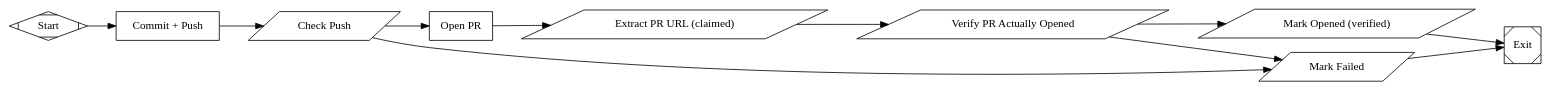
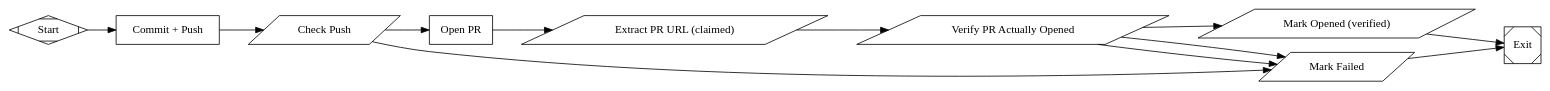
Before and after one commit to kenotron-ms/attractor-pipelines: the diagram in pipelines/hello_world/subgraphs/deliver_pr.dot, drawn with Graphviz. The commit also changed 3 other files, not shown here.

First line of the commit message:
fix: harden CheckPROpened against tool_command crash, clarify OpenPR targets GitHub

```diff
--- a/pipelines/hello_world/subgraphs/deliver_pr.dot
+++ b/pipelines/hello_world/subgraphs/deliver_pr.dot
@@ -1,89 +1,90 @@
 // deliver_pr.dot
 //
 // Commit, push, and open a PR; then a freeform human approval gate before
 // merge. Modeled on amplifier-resolver-dot-graph's deliver_pr.dot pattern.
 //
 // Required context variables: $repo (owner/name to open the PR against)
 // Context outputs: delivery.pr_url, delivery.result ("opened"|"failed")
 
 digraph deliver_pr {
   graph [rankdir=LR, default_max_retry=2, default_fidelity="summary:high"];
 
   Start [shape=Mdiamond, label="Start"];
   Exit  [shape=Msquare,  label="Exit"];
 
   CommitPush [
     shape=box, goal_gate=true, fidelity="full",
     label="Commit + Push",
     prompt="Stage all changes, write a conventional commit message summarizing the work (reference .resolve/design/design.md and .ai/plan.md for context), commit, and push the current branch to origin. After pushing, run: git rev-parse --abbrev-ref HEAD > .resolve/delivery/push_status.txt && echo pushed >> .resolve/delivery/push_status.txt. Print the single line: pushed"
   ];
 
   CommitPush -> CheckPush;
 
   CheckPush [
     shape=parallelogram, label="Check Push",
     tool_command="#!/bin/sh\nset -e\nif [ -f .resolve/delivery/push_status.txt ] && tail -1 .resolve/delivery/push_status.txt | grep -q pushed; then\n  printf 'pushed'\nelse\n  printf 'push_failed'\nfi"
   ];
 
   OpenPR [
     shape=box, goal_gate=true, fidelity="full",
     label="Open PR",
-    prompt="Open a pull request for the pushed branch against $repo's default branch. Write a PR description summarizing the design, the task list completed, and verification evidence. Write the resulting PR URL to .resolve/delivery/pr_url.txt. Print the single line: {\"pr_url\": \"<url>\"} as JSON."
+    prompt="Open a REAL pull request on GitHub (https://github.com/$repo) for the pushed branch against $repo's default branch -- use the gh CLI (`gh pr create --repo $repo ...`) or the GitHub REST API directly (POST https://api.github.com/repos/$repo/pulls with GH_TOKEN), NOT any other git host or a simulated/local PR. Write a PR description summarizing the design, the task list completed, and verification evidence. Write the resulting real github.com PR URL to .resolve/delivery/pr_url.txt. Print the single line: {\"pr_url\": \"<url>\"} as JSON."
   ];
 
   OpenPR -> ExtractPRUrl;
 
   // Extracts the URL OpenPR claims to have opened -- NOT yet trusted as
   // delivery.result="opened". See CheckPROpened below: an LLM node can
   // print a plausible-looking PR URL, or gh/curl can fail after emitting
   // output the agent misreads, without a PR actually existing on GitHub.
   ExtractPRUrl [
     shape=parallelogram, label="Extract PR URL (claimed)",
     tool_command="#!/bin/sh\nset -e\nurl=$(cat .resolve/delivery/pr_url.txt)\nprintf '{\"delivery.pr_url\": \"%s\"}' \"$url\"",
     parse_json="true"
   ];
 
   ExtractPRUrl -> CheckPROpened;
 
   // Independent verification that OpenPR's claimed side effect (a real PR
   // on GitHub) actually happened -- deliberately uses only gh CLI / curl
   // against the GitHub REST API, NOT any Resolve-platform-specific tool
   // (e.g. the worker-container `create-pr` helper). These pipelines are
   // fetched and run via git+https:// URLs by any dot-graph-compatible
   // engine, not exclusively Resolve's own worker containers -- baking in a
   // Resolve-only binary would silently break portability to other
   // runtimes. gh/curl + GH_TOKEN is the same portable toolset every other
   // pipeline in this repo already assumes (see pr_review.dot,
   // pr-review-exhaustive.dot). This mirrors CheckPush's evidence-based
   // pattern one hop further: don't let delivery.result say "opened" on a
   // self-report alone -- confirm the PR is real via a second, independent
   // API call before this subgraph reports success.
   CheckPROpened [
     shape=parallelogram, label="Verify PR Actually Opened",
-    tool_command="#!/bin/sh\nset -e\nnum=$(echo \"$delivery_pr_url\" | grep -oE '[0-9]+$')\nif [ -n \"$num\" ] && gh pr view \"$num\" --repo \"$repo\" --json state >/dev/null 2>&1; then\n  printf 'verified'\nelif [ -n \"$num\" ] && curl -sf -H \"Authorization: token ${GH_TOKEN}\" \"https://api.github.com/repos/$repo/pulls/$num\" >/dev/null 2>&1; then\n  printf 'verified'\nelse\n  printf 'not_verified'\nfi"
+    tool_command="#!/bin/sh\nnum=$(printf '%s' \"$delivery_pr_url\" | grep -oE '[0-9]+$' 2>/dev/null || true)\nif [ -n \"$num\" ] && gh pr view \"$num\" --repo \"$repo\" --json state >/dev/null 2>&1; then\n  printf 'verified'\nelif [ -n \"$num\" ] && curl -sf -H \"Authorization: token ${GH_TOKEN}\" \"https://api.github.com/repos/$repo/pulls/$num\" >/dev/null 2>&1; then\n  printf 'verified'\nelse\n  printf 'not_verified'\nfi"
   ];
 
   Start     -> CommitPush;
   CheckPush -> OpenPR  [condition="context.tool.last_line=pushed", weight="2"];
   CheckPush -> Failed  [condition="context.tool.last_line=push_failed"];
 
   CheckPROpened -> MarkOpened     [condition="context.tool.last_line=verified", weight="2"];
   CheckPROpened -> Failed         [condition="context.tool.last_line=not_verified"];
+  CheckPROpened -> Failed         [condition="outcome=fail"];  // safety net: tool_command crashed entirely (RUBRIC.md 3.2)
 
   // Only set delivery.result="opened" once CheckPROpened has independently
   // confirmed the PR is real -- this is the only place in the subgraph
   // that's allowed to claim success.
   MarkOpened [
     shape=parallelogram, label="Mark Opened (verified)",
     tool_command="printf '{\"delivery.result\": \"opened\"}'",
     parse_json="true"
   ];
   MarkOpened -> Exit;
 
   Failed [
     shape=parallelogram, label="Mark Failed",
     tool_command="printf '{\"delivery.result\": \"failed\"}'",
     parse_json="true"
   ];
   Failed -> Exit;
 }
```
